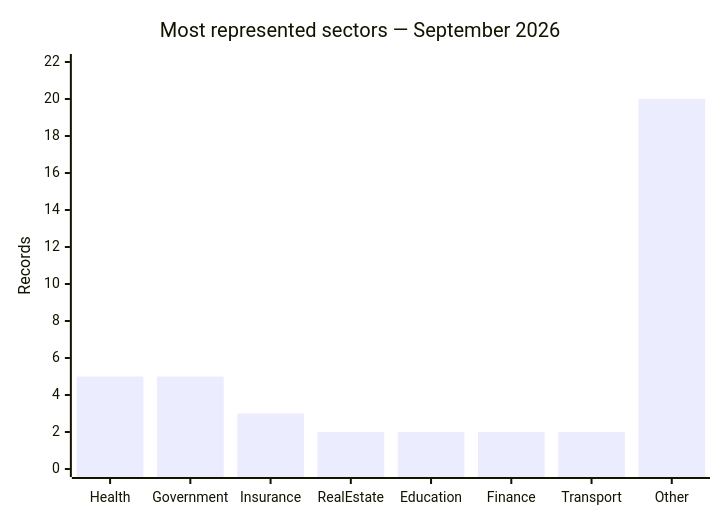
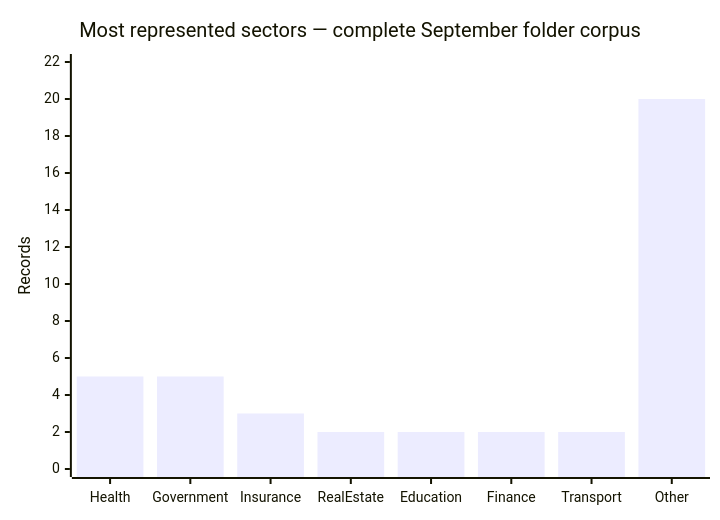
Before and after one commit to Hatchepsoute/AFRINTEL: the sixth of 10 diagrams in CyberAttackAfrica/2026/09-september/README.md, drawn with Mermaid. The commit also changed other lines of this file and 30 other files, not shown here.

````diff
--- a/CyberAttackAfrica/2026/09-september/README.md
+++ b/CyberAttackAfrica/2026/09-september/README.md
@@ -140,7 +190,7 @@
 ```mermaid
 xychart-beta
-    title "Most represented sectors — September 2026"
+    title "Most represented sectors — complete September folder corpus"
     x-axis [Health, Government, Insurance, RealEstate, Education, Finance, Transport, Other]
     y-axis "Records" 0 --> 22
     bar [5, 5, 3, 2, 2, 2, 2, 20]
 ```
````
